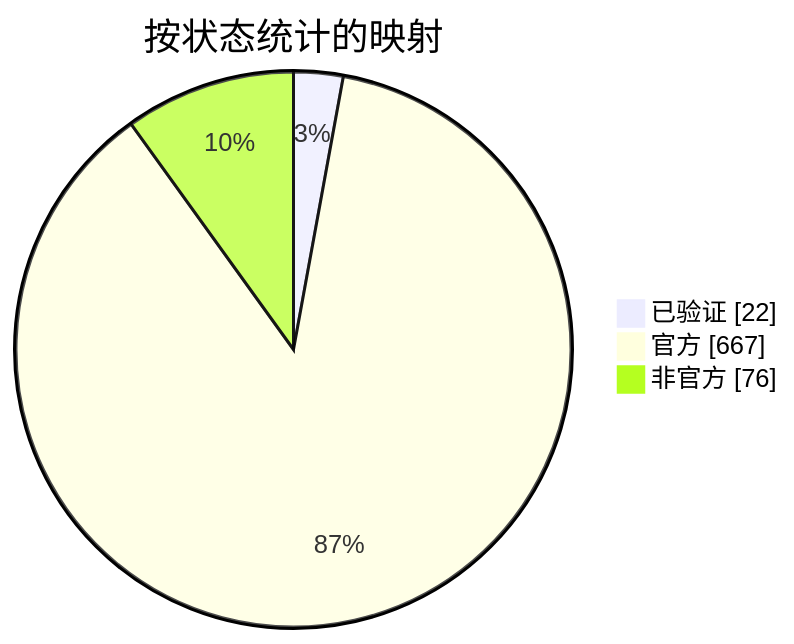
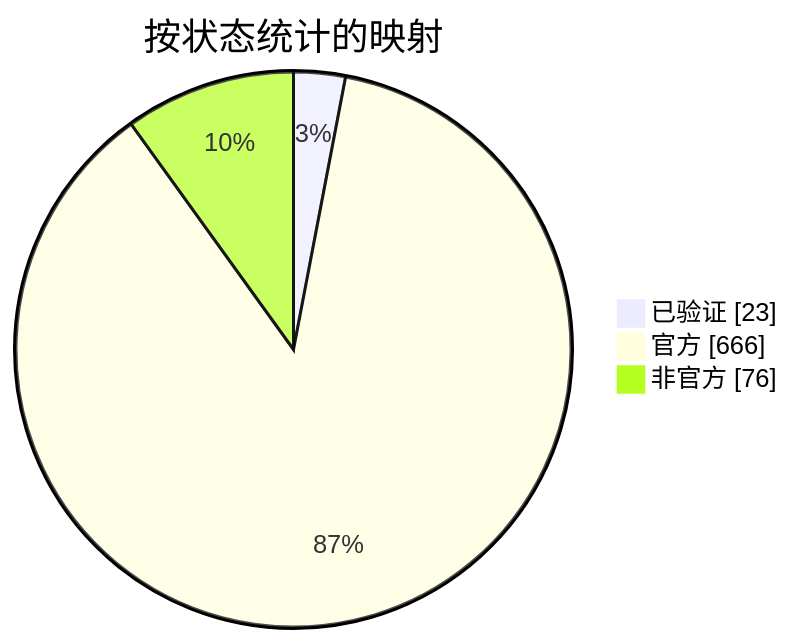
The diagram in docs/readme/README_ZHS.md (nobrega8/mbmap-library), drawn with Mermaid before and after one commit. The commit also changed 6 other files, not shown here.

````diff
--- a/docs/readme/README_ZHS.md
+++ b/docs/readme/README_ZHS.md
@@ -54,7 +54,7 @@
 ```mermaid
 pie showData
     title 按状态统计的映射
-    "已验证" : 22
-    "官方" : 667
+    "已验证" : 23
+    "官方" : 666
     "非官方" : 76
 ```
````
